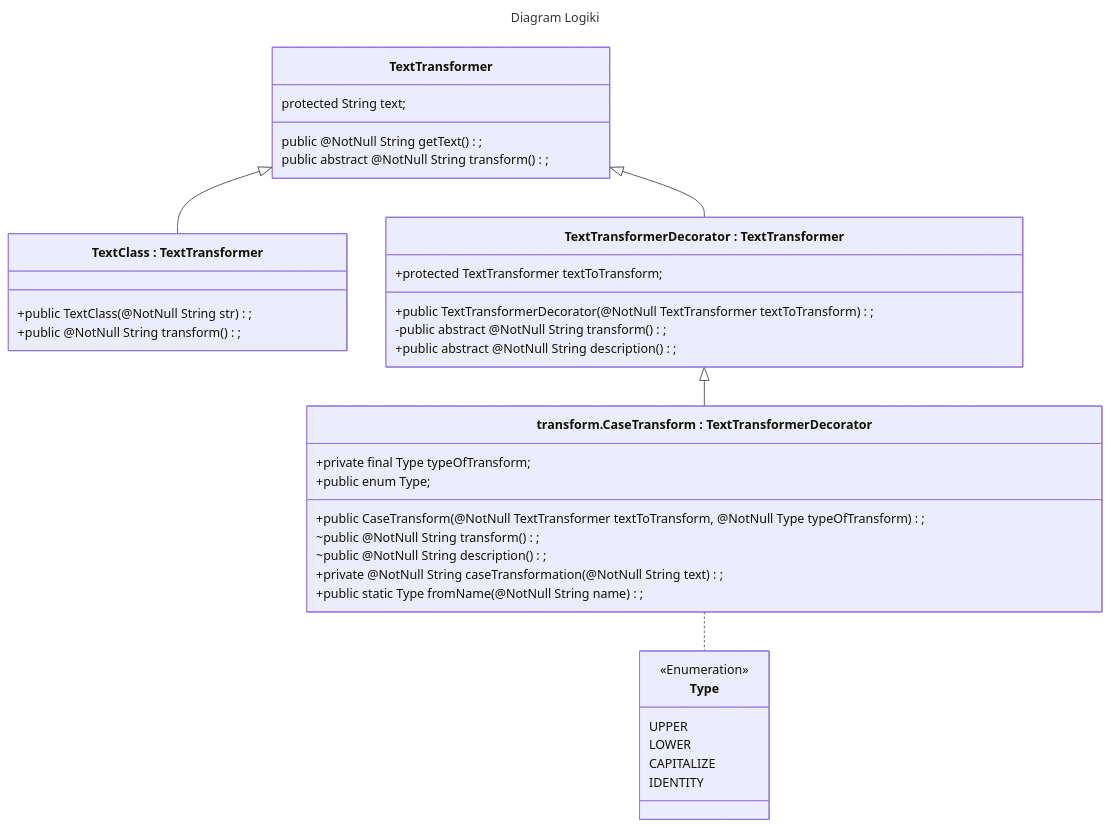
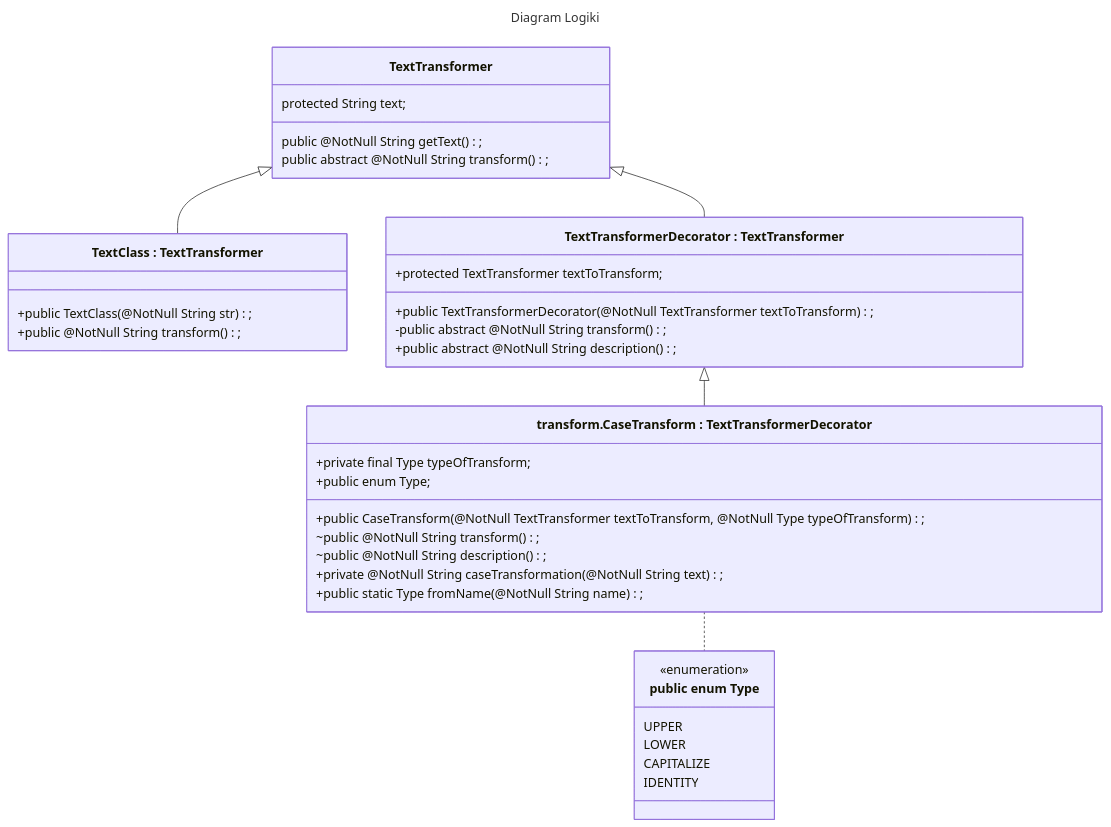
The diagram in exampleclass.md (Dashrek/SK2_R_P_S), drawn with Mermaid before and after one commit.

````diff
--- a/exampleclass.md
+++ b/exampleclass.md
@@ -2,42 +2,42 @@
 ```mermaid
 ---
 title: Diagram Logiki
 
 ---
 classDiagram
   class TextTransformer {
     protected String text;
     public @NotNull String getText();
     public abstract @NotNull String transform();
   }
   class TextClass["TextClass : TextTransformer"] {
     +public TextClass(@NotNull String str);
     +public @NotNull String transform();
   }
   class TextTransformerDecorator["TextTransformerDecorator : TextTransformer"] {
     +protected TextTransformer textToTransform;
     +public TextTransformerDecorator(@NotNull TextTransformer textToTransform);
     -public abstract @NotNull String transform();
     +public abstract @NotNull String description();
   }
   class CaseTransform["transform.CaseTransform : TextTransformerDecorator"] {
     +private final Type typeOfTransform;
     +public CaseTransform(@NotNull TextTransformer textToTransform, @NotNull Type typeOfTransform);
     ~public @NotNull String transform();
     ~public @NotNull String description(); 
     +private @NotNull String caseTransformation(@NotNull String text);
     +public static Type fromName(@NotNull String name);
     +public enum Type;
 }
-class Enum["Type"]{
-    <<Enumeration>>
+class Enum["public enum Type"]{
+    <<enumeration>>
     UPPER
     LOWER
     CAPITALIZE
     IDENTITY
 }
   CaseTransform .. Enum
   TextTransformer <|-- TextTransformerDecorator
   TextTransformer <|-- TextClass
   TextTransformerDecorator <|-- CaseTransform
 ```
````
